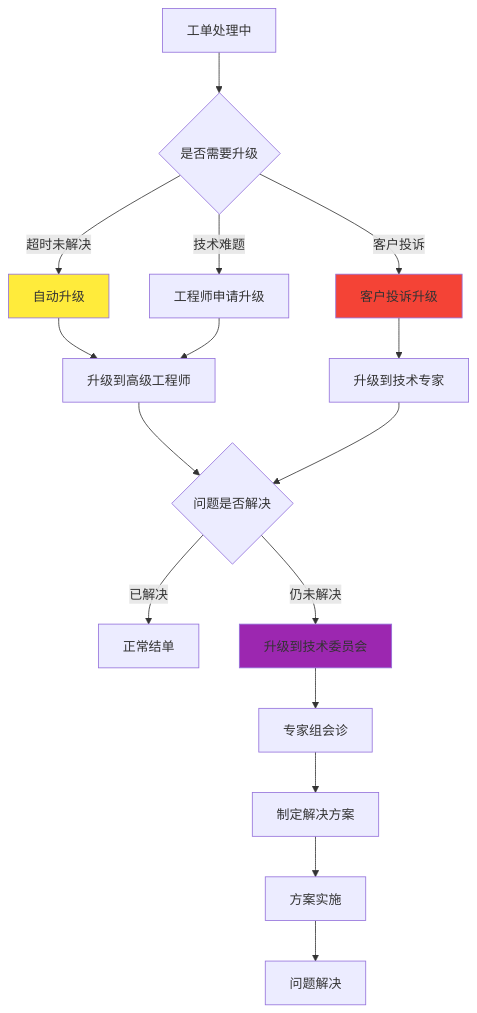
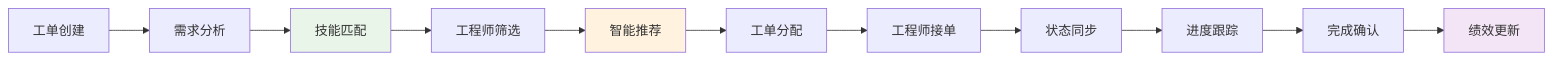
Before and after one commit to caiye1985/augment-portal: the seventh of 7 diagrams in docs/global-context.md, drawn with Mermaid. The commit also changed other lines of this file and 66 other files, not shown here.

````diff
--- a/docs/global-context.md
+++ b/docs/global-context.md
@@ -788,26 +625,17 @@
 ```mermaid
-graph TD
-    A[工单处理中] --> B{是否需要升级}
-    B -->|超时未解决| C[自动升级]
-    B -->|技术难题| D[工程师申请升级]
-    B -->|客户投诉| E[客户投诉升级]
+graph LR
+    A[工单创建] --> B[需求分析]
+    B --> C[技能匹配]
+    C --> D[工程师筛选]
+    D --> E[智能推荐]
+    E --> F[工单分配]
+    F --> G[工程师接单]
+    G --> H[状态同步]
+    H --> I[进度跟踪]
+    I --> J[完成确认]
+    J --> K[绩效更新]
 
-    C --> F[升级到高级工程师]
-    D --> F
-    E --> G[升级到技术专家]
-
-    F --> H{问题是否解决}
-    G --> H
-
-    H -->|已解决| I[正常结单]
-    H -->|仍未解决| J[升级到技术委员会]
-
-    J --> K[专家组会诊]
-    K --> L[制定解决方案]
-    L --> M[方案实施]
-    M --> N[问题解决]
-
-    style C fill:#ffeb3b
-    style E fill:#f44336
-    style J fill:#9c27b0
+    style C fill:#e8f5e8
+    style E fill:#fff3e0
+    style K fill:#f3e5f5
 ```
````
